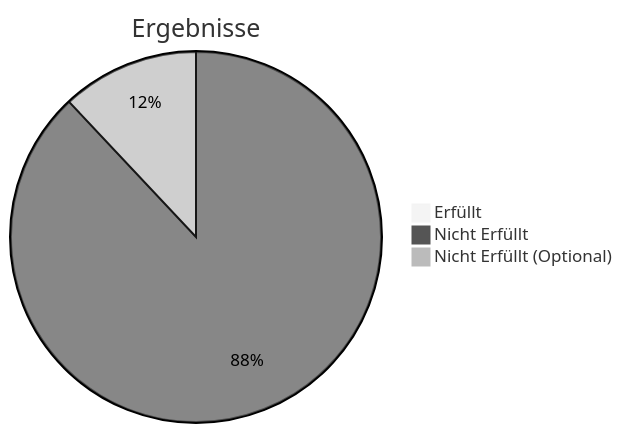
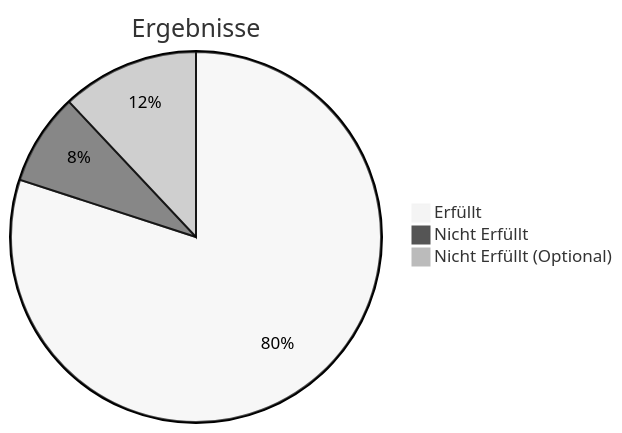
The diagram in docs/tests/testprotokoll_pascal.md (xXrederXx/Wrodit-Backend), drawn with Mermaid (neutral theme) before and after one commit. The commit also changed other lines of this file, not shown here.

````diff
--- a/docs/tests/testprotokoll_pascal.md
+++ b/docs/tests/testprotokoll_pascal.md
@@ -21,6 +21,6 @@
 ```mermaid
 pie title Ergebnisse
-    "Erfüllt": 0
-    "Nicht Erfüllt": 22
+    "Erfüllt": 20
+    "Nicht Erfüllt": 2
     "Nicht Erfüllt (Optional)": 3
 ```
````
